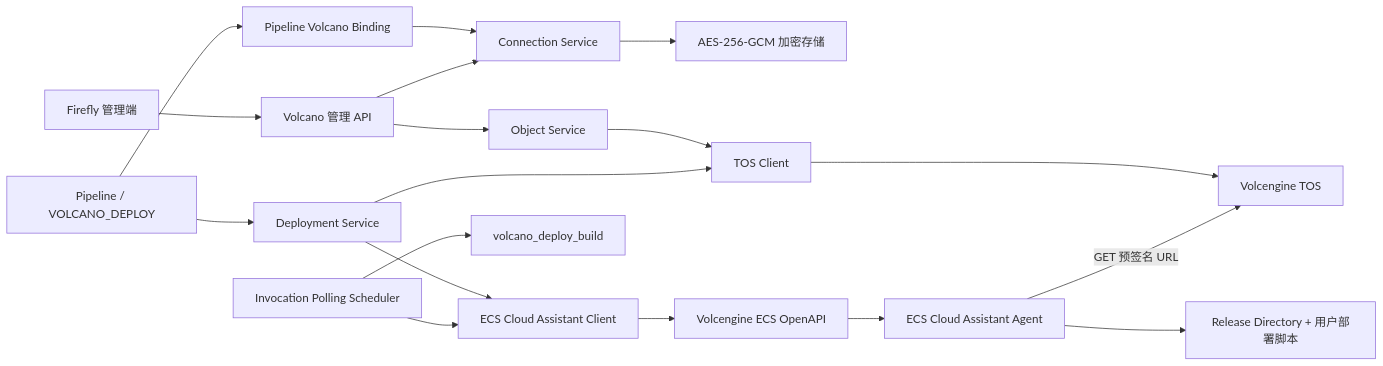
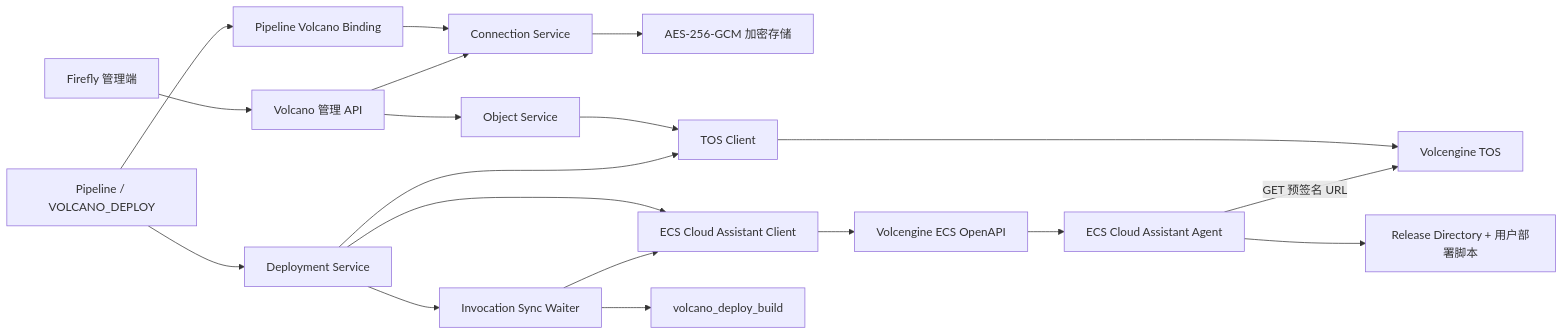
One commit to Zoujay/firefly changed the diagram in docs/firefly-volcano-tech-design.md. Above: the diagram before and after it, drawn with Mermaid. The commit also changed other lines of this file, not shown here.

````diff
--- a/docs/firefly-volcano-tech-design.md
+++ b/docs/firefly-volcano-tech-design.md
@@ -92,20 +93,21 @@
 ```mermaid
 flowchart LR
     UI["Firefly 管理端"] --> API["Volcano 管理 API"]
     PIPE["Pipeline / VOLCANO_DEPLOY"] --> DS["Deployment Service"]
     PIPE --> BIND["Pipeline Volcano Binding"]
     BIND --> CS
     API --> CS["Connection Service"]
     API --> OS["Object Service"]
     CS --> VAULT["AES-256-GCM 加密存储"]
     OS --> TOSC["TOS Client"]
     DS --> TOSC
     DS --> ECSC["ECS Cloud Assistant Client"]
     TOSC --> TOS["Volcengine TOS"]
     ECSC --> ECSAPI["Volcengine ECS OpenAPI"]
     ECSAPI --> AGENT["ECS Cloud Assistant Agent"]
     AGENT -->|GET 预签名 URL| TOS
     AGENT --> HOST["Release Directory + 用户部署脚本"]
-    SCHED["Invocation Polling Scheduler"] --> ECSC
-    SCHED --> DB["volcano_deploy_build"]
+    DS --> WAITER["Invocation Sync Waiter"]
+    WAITER --> ECSC
+    WAITER --> DB["volcano_deploy_build"]
 ```
````
